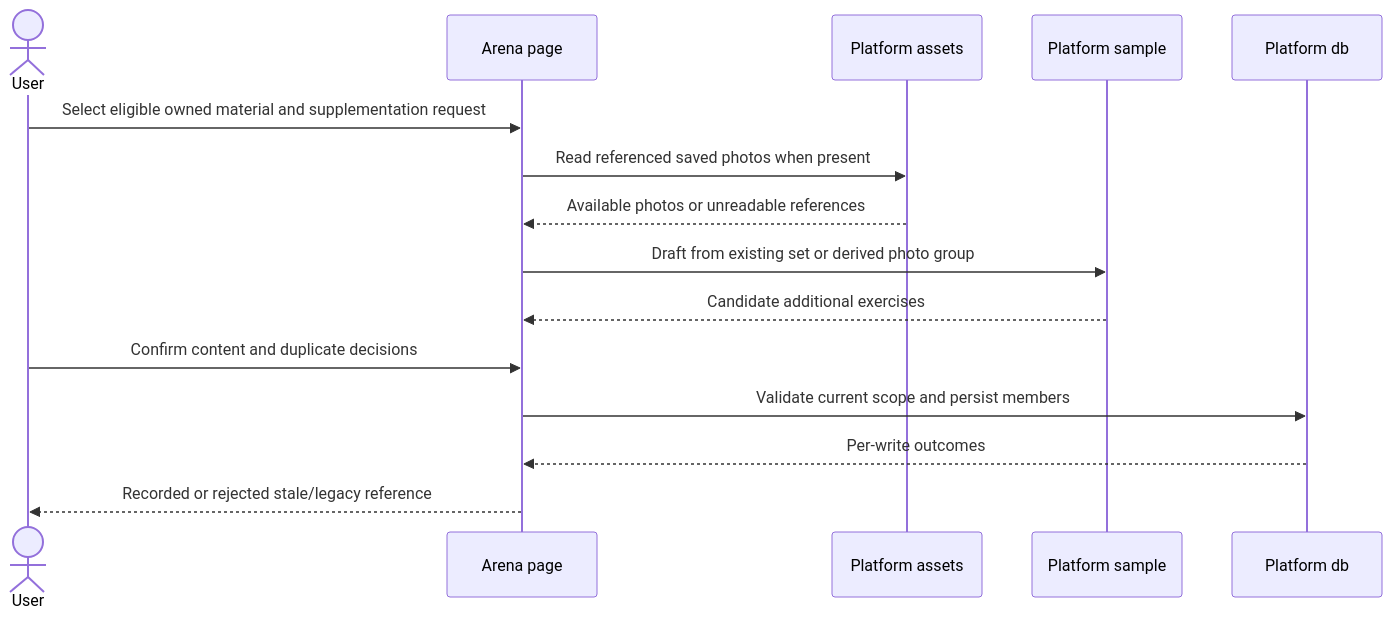
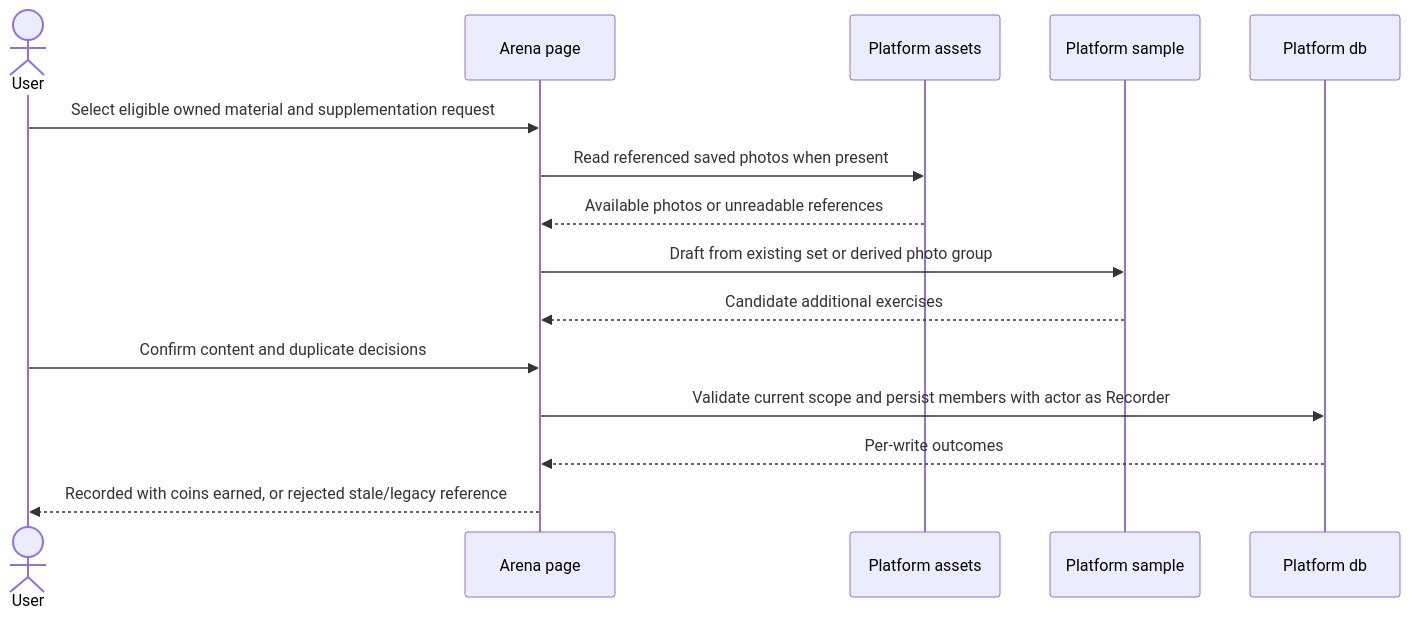
One commit to lengthlong/exercise_arena changed the third of 13 diagrams in model/arch/SCENARIO.md. Above: the diagram before and after it, drawn with Mermaid. The commit also changed other lines of this file and 9 other files, not shown here.

````diff
--- a/model/arch/SCENARIO.md
+++ b/model/arch/SCENARIO.md
@@ -59,17 +59,17 @@
 ```mermaid
 sequenceDiagram
     actor U as User
     participant P as Arena page
     participant A as Platform assets
     participant AI as Platform sample
     participant D as Platform db
     U->>P: Select eligible owned material and supplementation request
     P->>A: Read referenced saved photos when present
     A-->>P: Available photos or unreadable references
     P->>AI: Draft from existing set or derived photo group
     AI-->>P: Candidate additional exercises
     U->>P: Confirm content and duplicate decisions
-    P->>D: Validate current scope and persist members
+    P->>D: Validate current scope and persist members with actor as Recorder
     D-->>P: Per-write outcomes
-    P-->>U: Recorded or rejected stale/legacy reference
+    P-->>U: Recorded with coins earned, or rejected stale/legacy reference
 ```
````
